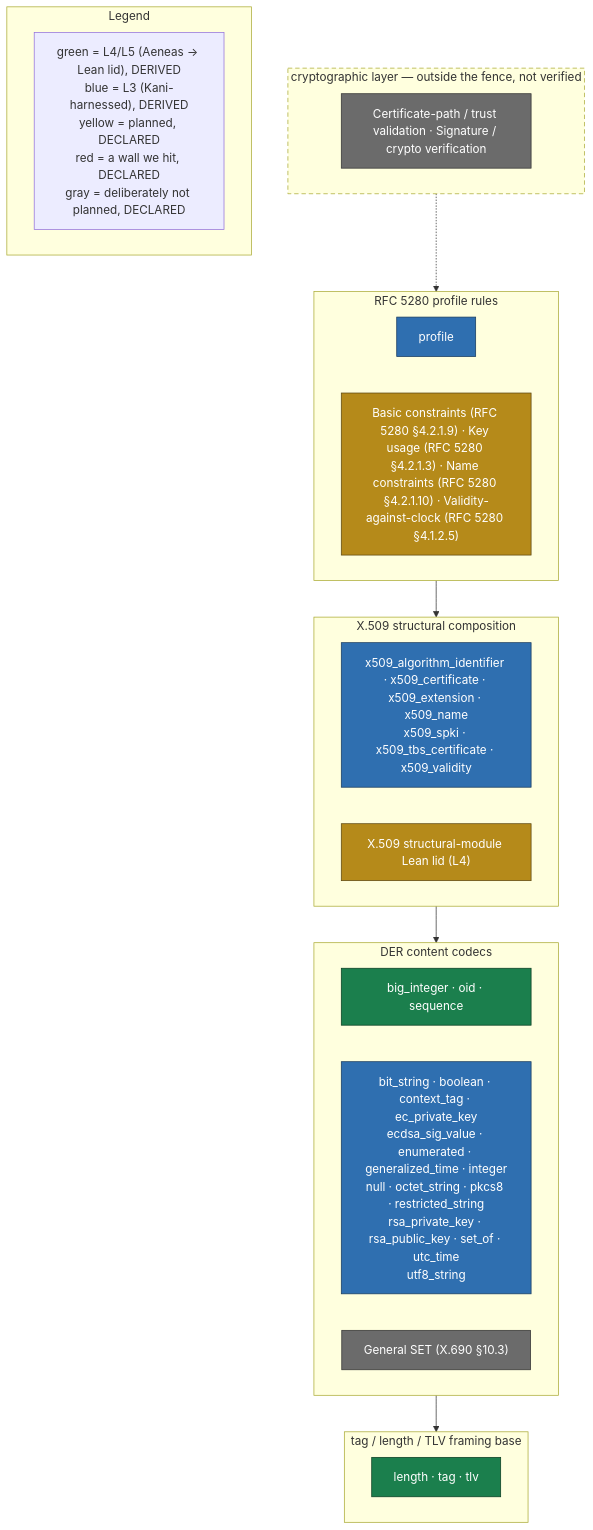
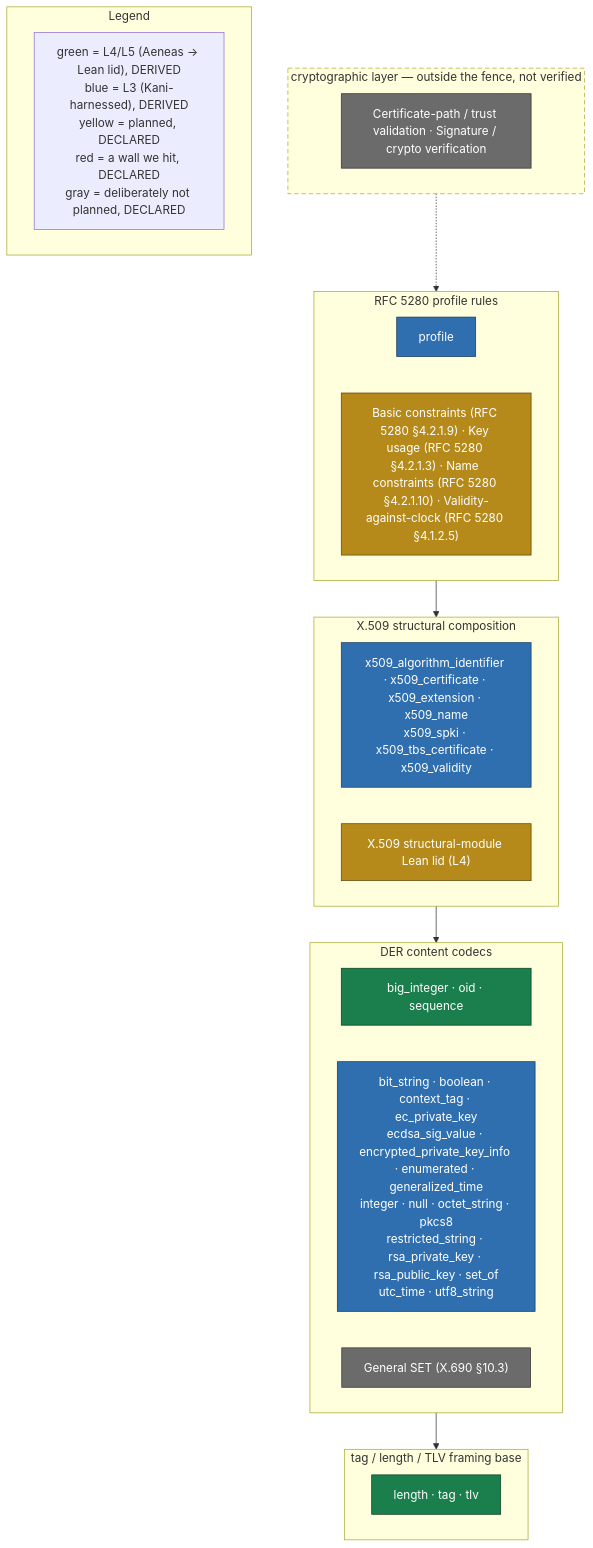
One commit to ivmat/rs-verified-der changed the diagram in README.md. Above: the diagram before and after it, drawn with Mermaid. The commit also changed other lines of this file and 8 other files, not shown here.

````diff
--- a/README.md
+++ b/README.md
@@ -95,40 +95,40 @@
 ```mermaid
 flowchart TB
     classDef green fill:#1b7f4d,stroke:#0a3d22,color:#ffffff
     classDef blue fill:#2f6fb0,stroke:#173a5e,color:#ffffff
     classDef yellow fill:#b58a1a,stroke:#5c4610,color:#ffffff
     classDef red fill:#b3382a,stroke:#5c1a10,color:#ffffff
     classDef gray fill:#6b6b6b,stroke:#333333,color:#ffffff
 
     subgraph crypto_layer["cryptographic layer — outside the fence, not verified"]
         direction LR
         style crypto_layer stroke-dasharray: 6 4
         crypto_gray["Certificate-path / trust validation · Signature / crypto verification"]:::gray
     end
     subgraph profile_layer["RFC 5280 profile rules"]
         direction LR
         profile_blue["profile"]:::blue
         profile_yellow["Basic constraints (RFC 5280 §4.2.1.9) · Key usage (RFC 5280 §4.2.1.3) · Name constraints (RFC 5280 §4.2.1.10) · Validity-against-clock (RFC 5280 §4.1.2.5)"]:::yellow
     end
     subgraph structural_layer["X.509 structural composition"]
         direction LR
         structural_blue["x509_algorithm_identifier · x509_certificate · x509_extension · x509_name<br/>x509_spki · x509_tbs_certificate · x509_validity"]:::blue
         structural_yellow["X.509 structural-module Lean lid (L4)"]:::yellow
     end
     subgraph codecs_layer["DER content codecs"]
         direction LR
         codecs_green["big_integer · oid · sequence"]:::green
-        codecs_blue["bit_string · boolean · context_tag · ec_private_key<br/>ecdsa_sig_value · enumerated · generalized_time · integer<br/>null · octet_string · pkcs8 · restricted_string<br/>rsa_private_key · rsa_public_key · set_of · utc_time<br/>utf8_string"]:::blue
+        codecs_blue["bit_string · boolean · context_tag · ec_private_key<br/>ecdsa_sig_value · encrypted_private_key_info · enumerated · generalized_time<br/>integer · null · octet_string · pkcs8<br/>restricted_string · rsa_private_key · rsa_public_key · set_of<br/>utc_time · utf8_string"]:::blue
         codecs_gray["General SET (X.690 §10.3)"]:::gray
     end
     subgraph framing_layer["tag / length / TLV framing base"]
         direction LR
         framing_green["length · tag · tlv"]:::green
     end
 
     crypto_layer -.-> profile_layer --> structural_layer --> codecs_layer --> framing_layer
 
     subgraph legend["Legend"]
         legend_all["green = L4/L5 (Aeneas → Lean lid), DERIVED<br/>blue = L3 (Kani-harnessed), DERIVED<br/>yellow = planned, DECLARED<br/>red = a wall we hit, DECLARED<br/>gray = deliberately not planned, DECLARED"]
     end
 ```
````
